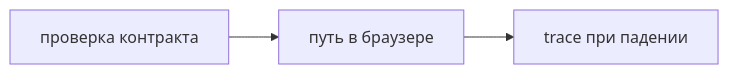
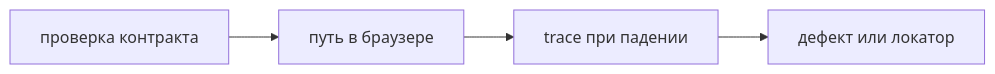
One commit to AlexanderNY/cursor_test changed the diagram in nine-to-eighteen/ui/src/data/learn/qa/qa-playwright.md. Above: the diagram before and after it, drawn with Mermaid. The commit also changed other lines of this file and 40 other files, not shown here.

````diff
--- a/nine-to-eighteen/ui/src/data/learn/qa/qa-playwright.md
+++ b/nine-to-eighteen/ui/src/data/learn/qa/qa-playwright.md
@@ -52,5 +106,6 @@
 ```mermaid
 flowchart LR
   API[проверка контракта] --> E2E[путь в браузере]
   E2E --> Trace[trace при падении]
+  Trace --> Bug[дефект или локатор]
 ```
````
